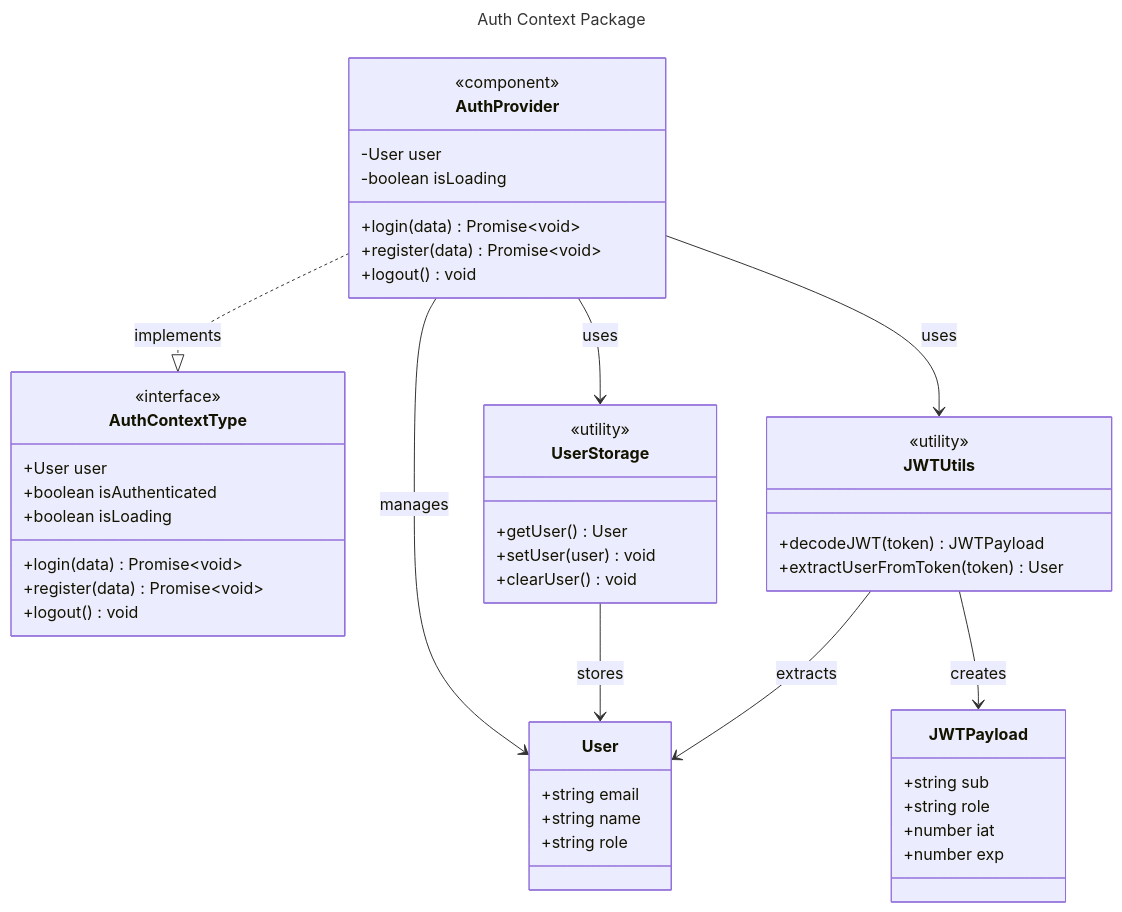
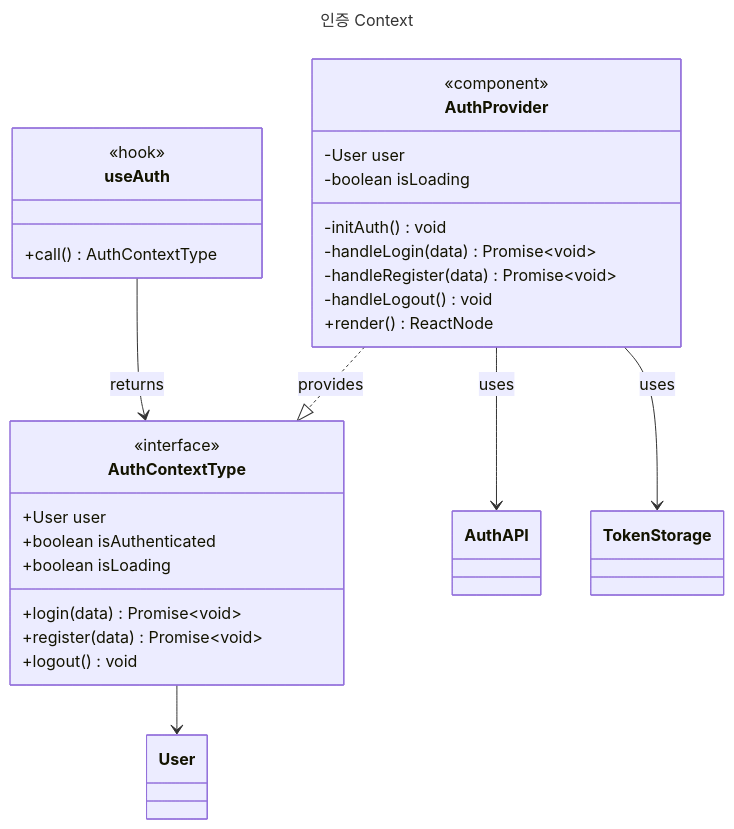
Before and after one commit to Ddogan-zip/ddoganzip-frontend: the ninth of 15 diagrams in docs/class-diagram.md, drawn with Mermaid. The commit also changed other lines of this file, not shown here.

Commit message:
Update class diagram with voice ordering system

````diff
--- a/docs/class-diagram.md
+++ b/docs/class-diagram.md
@@ -1128,60 +522,39 @@
 ```mermaid
 ---
-title: Auth Context Package
+title: 인증 Context
 ---
 classDiagram
     direction TB
-
-    class User {
-        +string email
-        +string name
-        +string role
-    }
 
     class AuthContextType {
         <<interface>>
         +User user
         +boolean isAuthenticated
         +boolean isLoading
         +login(data) Promise~void~
         +register(data) Promise~void~
         +logout() void
     }
 
     class AuthProvider {
         <<component>>
         -User user
         -boolean isLoading
-        +login(data) Promise~void~
-        +register(data) Promise~void~
-        +logout() void
+        -initAuth() void
+        -handleLogin(data) Promise~void~
+        -handleRegister(data) Promise~void~
+        -handleLogout() void
+        +render() ReactNode
     }
 
-    class UserStorage {
-        <<utility>>
-        +getUser() User
-        +setUser(user) void
-        +clearUser() void
+    class useAuth {
+        <<hook>>
+        +call() AuthContextType
     }
 
-    class JWTPayload {
-        +string sub
-        +string role
-        +number iat
-        +number exp
-    }
-
-    class JWTUtils {
-        <<utility>>
-        +decodeJWT(token) JWTPayload
-        +extractUserFromToken(token) User
-    }
-
-    AuthProvider ..|> AuthContextType : implements
-    AuthProvider --> User : manages
-    AuthProvider --> UserStorage : uses
-    AuthProvider --> JWTUtils : uses
-    UserStorage --> User : stores
-    JWTUtils --> JWTPayload : creates
-    JWTUtils --> User : extracts
+    AuthContextType --> User
+    AuthProvider ..|> AuthContextType : provides
+    useAuth --> AuthContextType : returns
+    AuthProvider --> AuthAPI : uses
+    AuthProvider --> TokenStorage : uses
 ```
````
